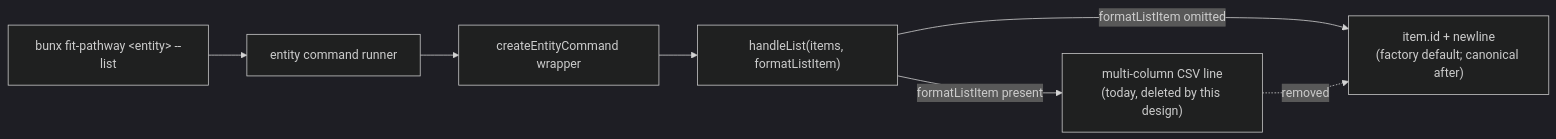
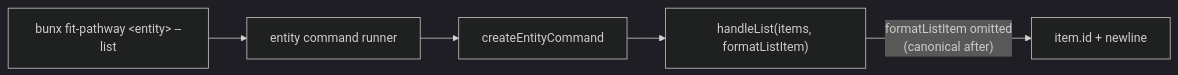
The diagram in specs/930-pathway-list-id-only-normalization/design-a.md (forwardimpact/monorepo), drawn with Mermaid (dark theme) before and after one commit. The commit also changed other lines of this file, not shown here.

First line of the commit message:
design(930): address kata-review panel findings

````diff
--- a/specs/930-pathway-list-id-only-normalization/design-a.md
+++ b/specs/930-pathway-list-id-only-normalization/design-a.md
@@ -22,9 +22,7 @@
 ```mermaid
 flowchart LR
   CLI[bunx fit-pathway &lt;entity&gt; --list] --> Cmd[entity command runner]
-  Cmd --> Factory[createEntityCommand wrapper]
+  Cmd --> Factory[createEntityCommand]
   Factory --> HL["handleList(items, formatListItem)"]
-  HL -->|formatListItem present| Override["multi-column CSV line<br/>(today, deleted by this design)"]
-  HL -->|formatListItem omitted| Default["item.id + newline<br/>(factory default; canonical after)"]
-  Override -.->|removed| Default
+  HL -->|"formatListItem omitted<br/>(canonical after)"| Default["item.id + newline"]
 ```
````
